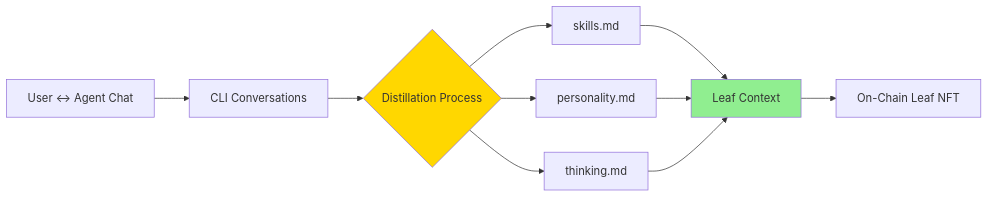
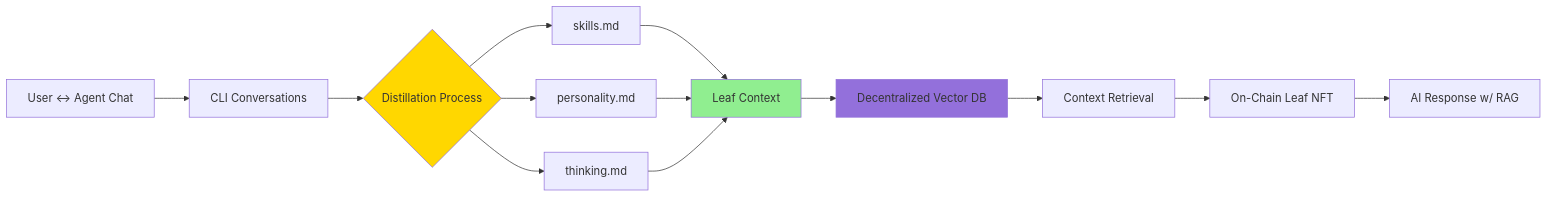
Before and after one commit to victorywwong/leaf-on-chain: the second of 2 diagrams in README.md, drawn with Mermaid. The commit also changed other lines of this file, not shown here.

First line of the commit message:
Add decentralized search/vector DB to knowledge distillation pipeline

````diff
--- a/README.md
+++ b/README.md
@@ -89,15 +89,19 @@
 ```mermaid
 graph LR
     A[User ↔ Agent Chat] --> B[CLI Conversations]
     B --> C{Distillation Process}
     C --> D[skills.md]
     C --> E[personality.md]
     C --> F[thinking.md]
     D --> G[Leaf Context]
     E --> G
     F --> G
-    G --> H[On-Chain Leaf NFT]
+    G --> H[Decentralized Vector DB]
+    H --> I[Context Retrieval]
+    I --> J[On-Chain Leaf NFT]
+    J --> K[AI Response w/ RAG]
 
     style C fill:#FFD700
     style G fill:#90EE90
+    style H fill:#9370DB
 ```
````
